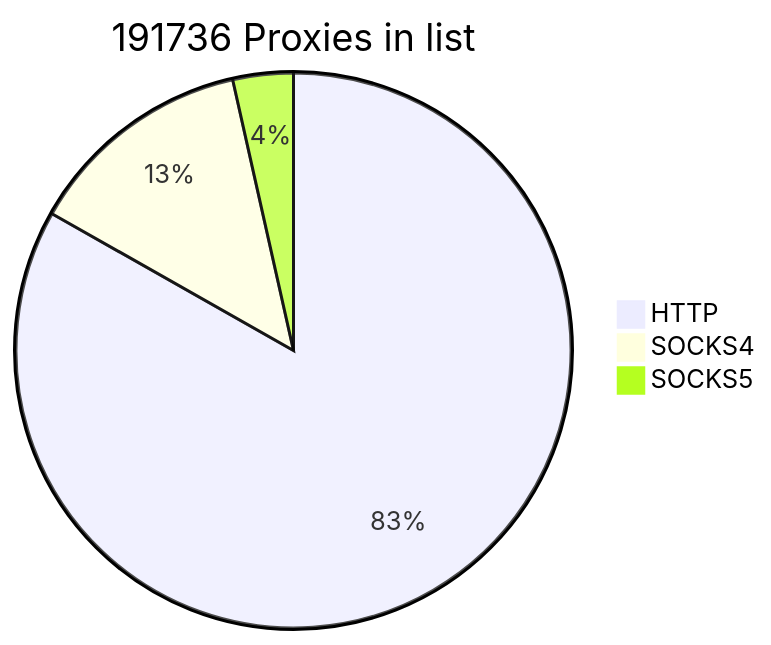
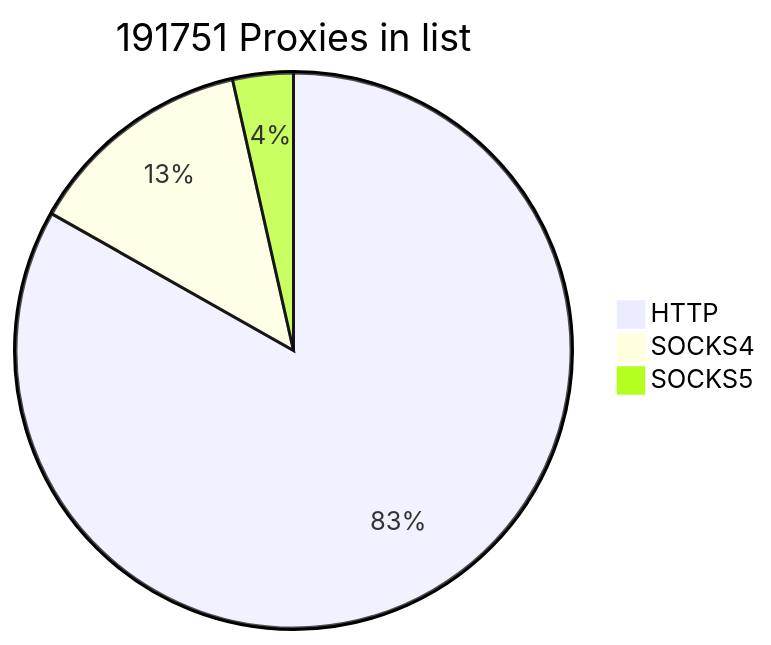
Before and after one commit to cutipu/proxylist: the first of 2 diagrams in README.md, drawn with Mermaid. The commit also changed other lines of this file, not shown here.

````diff
--- a/README.md
+++ b/README.md
@@ -2,7 +2,7 @@
 ```mermaid
-pie title 191736 Proxies in list
-    "HTTP" : 159528
-    "SOCKS4" : 25467
-    "SOCKS5" : 6741
+pie title 191751 Proxies in list
+    "HTTP" : 159529
+    "SOCKS4" : 25465
+    "SOCKS5" : 6757
             
 ```
````
